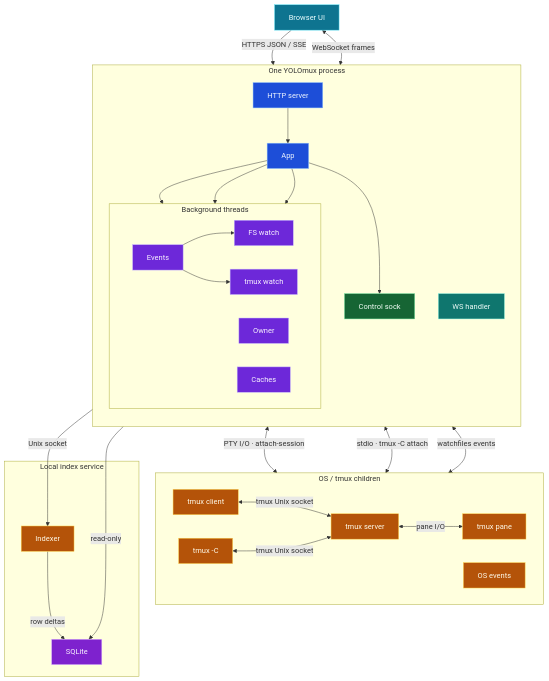
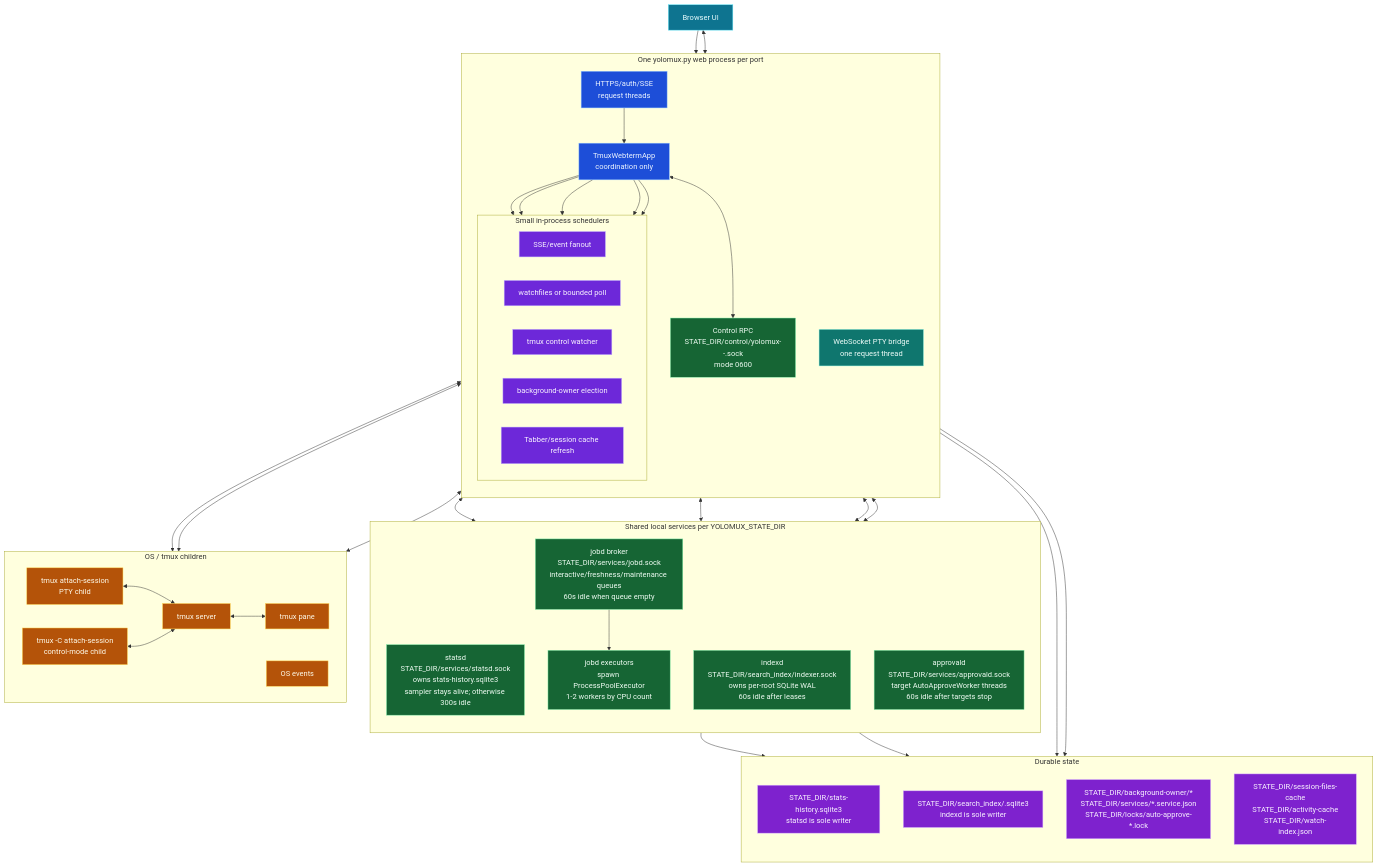
One commit to keivenchang/yomux changed the first of 3 diagrams in README.md. Above: the diagram before and after it, drawn with Mermaid. The commit also changed other lines of this file and 168 other files, not shown here.

````diff
--- a/README.md
+++ b/README.md
@@ -38,56 +38,73 @@
 flowchart TB
   browser["Browser UI"]
 
-  subgraph server["One YOLOmux process"]
+  subgraph server["One yolomux.py web process per port"]
     direction TB
-    http["HTTP server"]
-    app["App"]
+    http["HTTPS/auth/SSE\nrequest threads"]
+    app["TmuxWebtermApp\ncoordination only"]
+    bridge["WebSocket PTY bridge\none request thread"]
+    control["Control RPC\nSTATE_DIR/control/yolomux-<pid>-<token>.sock\nmode 0600"]
 
-    subgraph worker["Background threads"]
+    subgraph schedulers["Small in-process schedulers"]
       direction LR
-      events["Events"]
-      native["FS watch"]
-      signals["tmux watch"]
-      owner["Owner"]
-      work["Caches"]
+      events["SSE/event fanout"]
+      native["watchfiles or bounded poll"]
+      signals["tmux control watcher"]
+      owner["background-owner election"]
+      caches["Tabber/session cache refresh"]
     end
-
-    bridge["WS handler"]
-    control["Control sock"]
   end
 
-  subgraph children["OS / tmux children"]
+  subgraph services["Shared local services per YOLOMUX_STATE_DIR"]
+    direction TB
+    statsd["statsd\nSTATE_DIR/services/statsd.sock\nowns stats-history.sqlite3\nsampler stays alive; otherwise 300s idle"]
+    indexd["indexd\nSTATE_DIR/search_index/indexer.sock\nowns per-root SQLite WAL\n60s idle after leases"]
+    jobd["jobd broker\nSTATE_DIR/services/jobd.sock\ninteractive/freshness/maintenance queues\n60s idle when queue empty"]
+    execs["jobd executors\nspawn ProcessPoolExecutor\n1-2 workers by CPU count"]
+    approvald["approvald\nSTATE_DIR/services/approvald.sock\ntarget AutoApproveWorker threads\n60s idle after targets stop"]
+    jobd --> execs
+  end
+
+  subgraph tmuxsys["OS / tmux children"]
     direction LR
-    attach["tmux client"]
-    tmuxctl["tmux -C"]
+    attach["tmux attach-session\nPTY child"]
+    tmuxctl["tmux -C attach-session\ncontrol-mode child"]
     tmuxd["tmux server"]
     pane["tmux pane"]
     fs["OS events"]
   end
 
-  subgraph durable["Local index service"]
-    indexer["Indexer"]
-    db["SQLite"]
+  subgraph durable["Durable state"]
+    direction TB
+    statsdb["STATE_DIR/stats-history.sqlite3\nstatsd is sole writer"]
+    indexdb["STATE_DIR/search_index/<digest>.sqlite3\nindexd is sole writer"]
+    locks["STATE_DIR/background-owner/*\nSTATE_DIR/services/*.service.json\nSTATE_DIR/locks/auto-approve-*.lock"]
+    caches_state["STATE_DIR/session-files-cache\nSTATE_DIR/activity-cache\nSTATE_DIR/watch-index.json"]
   end
 
-  browser -->|"HTTPS JSON / SSE"| http
-  browser <-->|"WebSocket frames"| bridge
+  browser --> http
+  browser <--> bridge
   http --> app
   app --> events
-  events --> native
-  events --> signals
+  app --> native
+  app --> signals
   app --> owner
-  app --> work
-  app -->|"Unix socket"| indexer
-  indexer -->|"row deltas"| db
-  app -->|"read-only"| db
-  bridge <-->|"PTY I/O · attach-session"| attach
-  attach <-->|"tmux Unix socket"| tmuxd
-  signals <-->|"stdio · tmux -C attach"| tmuxctl
-  tmuxctl <-->|"tmux Unix socket"| tmuxd
-  tmuxd <-->|"pane I/O"| pane
-  native <-->|"watchfiles events"| fs
-  app --> control
+  app --> caches
+  app <--> control
+  app <--> statsd
+  app <--> indexd
+  app <--> jobd
+  app <--> approvald
+  statsd --> statsdb
+  indexd --> indexdb
+  app --> locks
+  app --> caches_state
+  bridge <--> attach
+  attach <--> tmuxd
+  signals <--> tmuxctl
+  tmuxctl <--> tmuxd
+  tmuxd <--> pane
+  native <--> fs
 
   classDef client fill:#0e7490,stroke:#67e8f9,color:#ecfeff
   classDef core fill:#1d4ed8,stroke:#93c5fd,color:#eff6ff
@@ -98,10 +115,9 @@
   classDef database fill:#7e22ce,stroke:#d8b4fe,color:#faf5ff
   class browser client
   class http,app core
-  class events,native,signals,owner,work worker
+  class events,native,signals,owner,caches worker
   class bridge request
   class attach,tmuxctl,tmuxd,pane,fs child
-  class control local
-  class indexer child
-  class db database
+  class control,statsd,indexd,jobd,execs,approvald local
+  class statsdb,indexdb,locks,caches_state database
 ```
````
